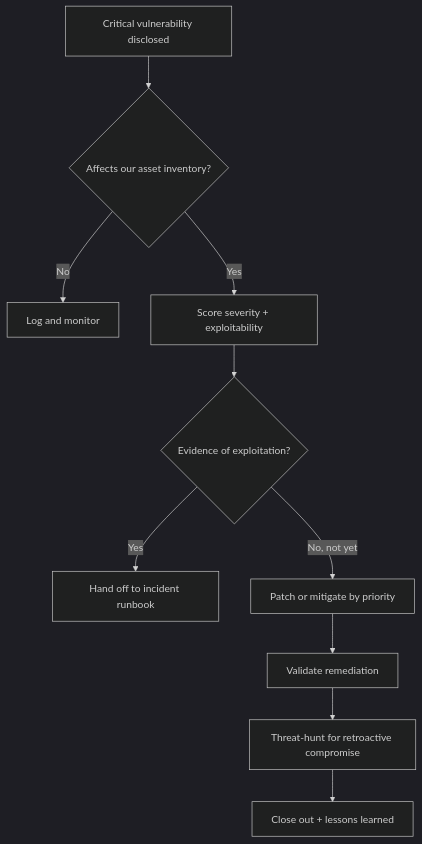
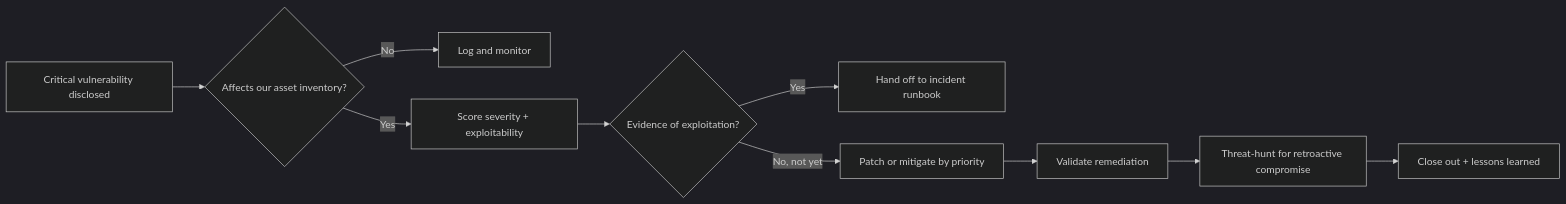
One commit to MiracleDvm/ir-firstline changed the diagram in docs/runbooks/critical-vulnerability.md. Above: the diagram before and after it, drawn with Mermaid (dark theme). The commit also changed other lines of this file and 26 other files, not shown here.

Commit message:
Fix decision-tree diagram sizing/legibility, add PDF export, land tool links -- Convert decision trees to horizontal/collapsible, link cited tools/sources

````diff
--- a/docs/runbooks/critical-vulnerability.md
+++ b/docs/runbooks/critical-vulnerability.md
@@ -28,12 +30,12 @@
-```mermaid
-flowchart TD
-    A[Critical vulnerability disclosed] --> B{Affects our asset inventory?}
-    B -->|No| C[Log and monitor]
-    B -->|Yes| D[Score severity + exploitability]
-    D --> E{Evidence of exploitation?}
-    E -->|Yes| F[Hand off to incident runbook]
-    E -->|No, not yet| G[Patch or mitigate by priority]
-    G --> H[Validate remediation]
-    H --> I[Threat-hunt for retroactive compromise]
-    I --> J[Close out + lessons learned]
-```
+    ```mermaid
+    flowchart LR
+        A[Critical vulnerability disclosed] --> B{Affects our asset inventory?}
+        B -->|No| C[Log and monitor]
+        B -->|Yes| D[Score severity + exploitability]
+        D --> E{Evidence of exploitation?}
+        E -->|Yes| F[Hand off to incident runbook]
+        E -->|No, not yet| G[Patch or mitigate by priority]
+        G --> H[Validate remediation]
+        H --> I[Threat-hunt for retroactive compromise]
+        I --> J[Close out + lessons learned]
+    ```
````
